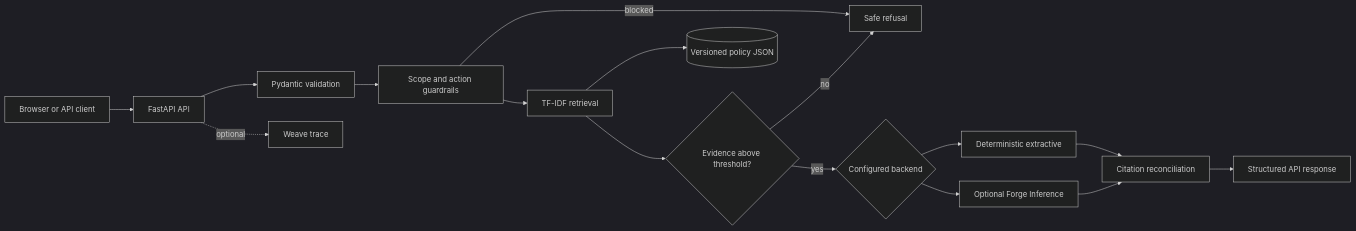
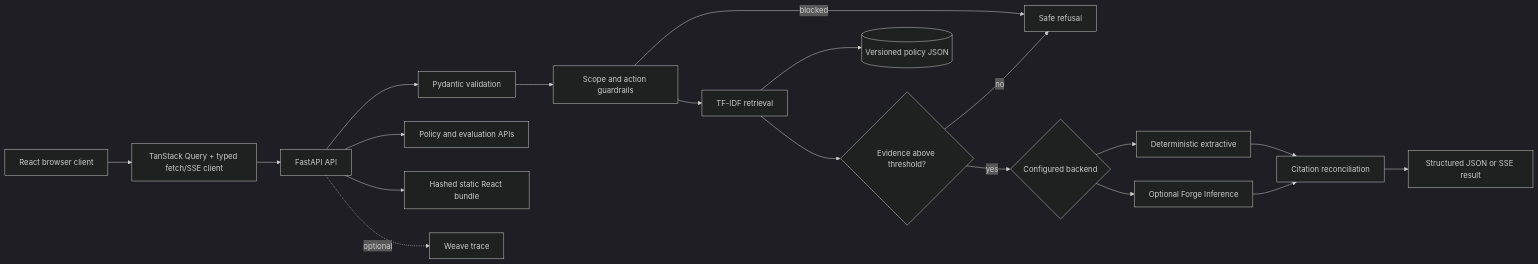
Before and after one commit to thedev15/verified-support-assistant: the diagram in docs/ARCHITECTURE.md, drawn with Mermaid (dark theme). The commit also changed other lines of this file and 111 other files, not shown here.

````diff
--- a/docs/ARCHITECTURE.md
+++ b/docs/ARCHITECTURE.md
@@ -9,18 +9,21 @@
 ```mermaid
 flowchart LR
-    U[Browser or API client] --> A[FastAPI API]
+    U[React browser client] --> Q[TanStack Query + typed fetch/SSE client]
+    Q --> A[FastAPI API]
     A --> V[Pydantic validation]
     V --> G[Scope and action guardrails]
     G -->|blocked| X[Safe refusal]
     G --> R[TF-IDF retrieval]
     R --> K[(Versioned policy JSON)]
     R --> T{Evidence above threshold?}
     T -->|no| X
     T -->|yes| B{Configured backend}
     B --> E[Deterministic extractive]
     B --> I[Optional Forge Inference]
     E --> C[Citation reconciliation]
     I --> C
-    C --> O[Structured API response]
+    C --> O[Structured JSON or SSE result]
+    A --> P[Policy and evaluation APIs]
+    A --> S[Hashed static React bundle]
     A -. optional .-> W[Weave trace]
 ```
````
